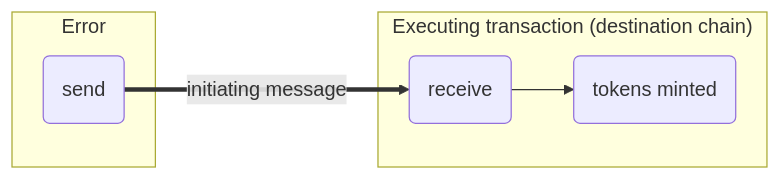
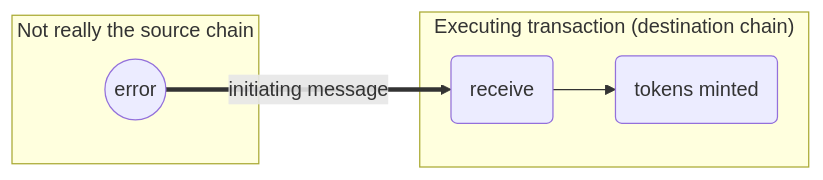
One commit to ethereum-optimism/docs changed the second of 3 diagrams in pages/stack/interop/sequencing.mdx. Above: the diagram before and after it, drawn with Mermaid. The commit also changed other lines of this file, not shown here.

````diff
--- a/pages/stack/interop/sequencing.mdx
+++ b/pages/stack/interop/sequencing.mdx
@@ -39,11 +39,11 @@
 ```mermaid
 
 flowchart LR 
-    subgraph error ["Error"]
-        send(send)
+    subgraph init ["Not really the source chain"]
+        err((error))
     end
     subgraph exec ["Executing transaction (destination chain)"]
-        send==initiating message==>receive(receive)
+        err==initiating message==>receive(receive)
         receive-->mint(tokens minted)
     end
 ```
````
